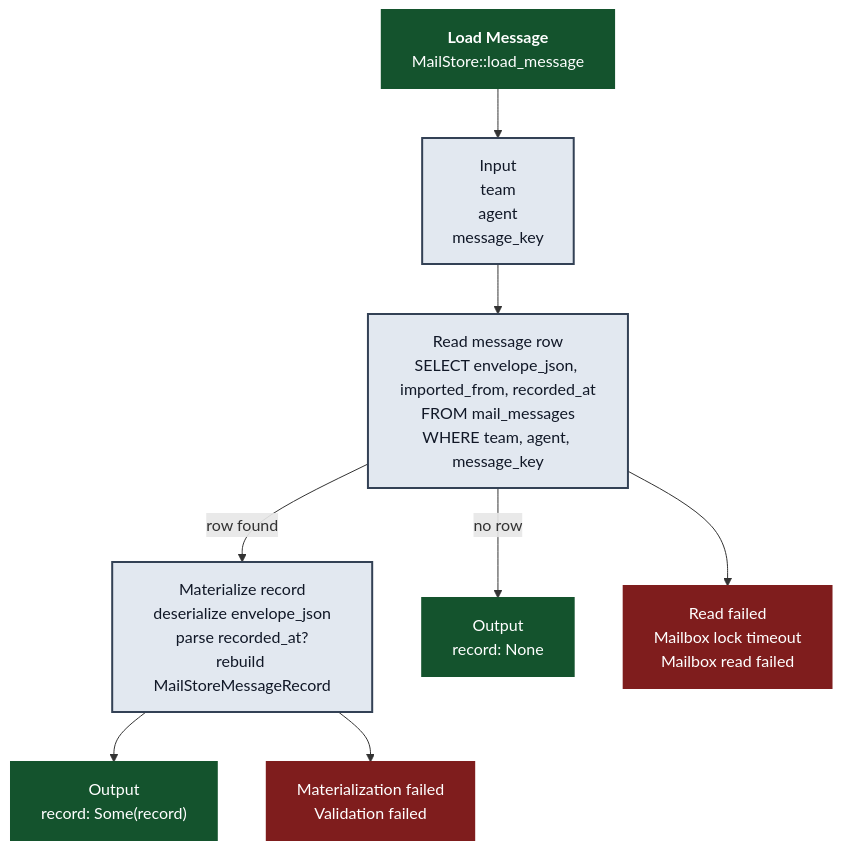
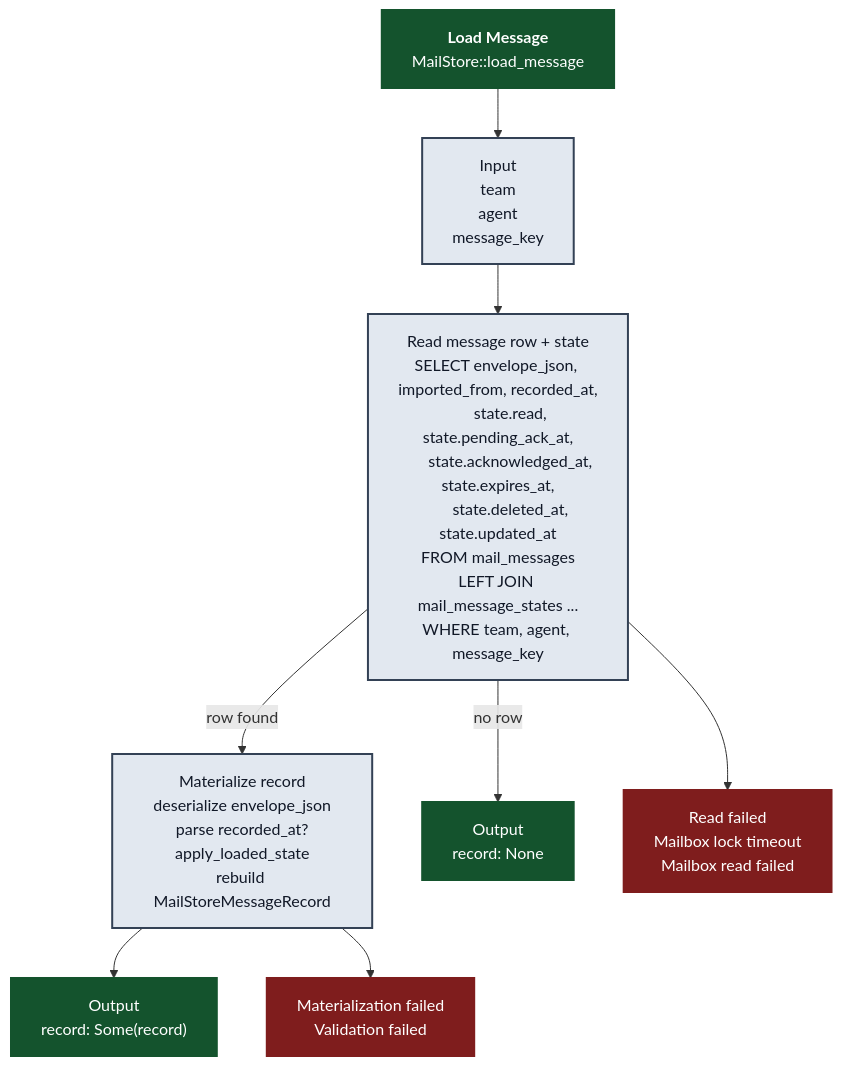
The diagram in docs/atm-rusqlite/sql_load-message.mmd (randlee/atm-core), drawn with Mermaid before and after one commit. The commit also changed 29 other files, not shown here.

```diff
--- a/docs/atm-rusqlite/sql_load-message.mmd
+++ b/docs/atm-rusqlite/sql_load-message.mmd
@@ -1,38 +1,43 @@
 %% title: `Load Message`
 %% summary: SQLite boundary method `MailStore::load_message`.
-%% commentary: This SQL-boundary path shows the direct immutable-row load. It currently reads only `mail_messages`, rebuilds one `MailStoreMessageRecord`, and returns `None` when no row exists.
-%% read_tables: mail_messages
+%% commentary: This SQL-boundary path reads the immutable row from `mail_messages`, LEFT JOINs `mail_message_states`, applies the loaded mutable state projection to the envelope, and returns `None` when no row exists.
+%% read_tables: mail_messages, mail_message_states
 %% write_tables:
-%% notes: reads: 1 | writes: 0 | joins: 0 | transactions: 0
+%% notes: reads: 1 | writes: 0 | joins: 1 | transactions: 0
 %% sets: query
 flowchart TD
     A["<b>Load Message</b><br/>MailStore::load_message"]
     A --> I["Input
 team
 agent
 message_key"]
-    I --> R["Read message row
-SELECT envelope_json, imported_from, recorded_at
+    I --> R["Read message row + state
+SELECT envelope_json, imported_from, recorded_at,
+       state.read, state.pending_ack_at,
+       state.acknowledged_at, state.expires_at,
+       state.deleted_at, state.updated_at
 FROM mail_messages
+LEFT JOIN mail_message_states ...
 WHERE team, agent, message_key"]
     R -->|row found| M["Materialize record
 deserialize envelope_json
 parse recorded_at?
+apply_loaded_state
 rebuild MailStoreMessageRecord"]
     R -->|no row| O0["Output
 record: None"]
     M --> O1["Output
 record: Some(record)"]
     R --> ER["Read failed
 Mailbox lock timeout
 Mailbox read failed"]
     M --> EM["Materialization failed
 Validation failed"]
 
     classDef happy fill:#14532d,color:#ffffff,stroke:#14532d,stroke-width:2px;
     classDef error fill:#7f1d1d,color:#ffffff,stroke:#7f1d1d,stroke-width:2px;
     classDef neutral fill:#e2e8f0,color:#111827,stroke:#334155,stroke-width:2px;
 
     class A,O0,O1 happy;
     class ER,EM error;
     class I,R,M neutral;
```
